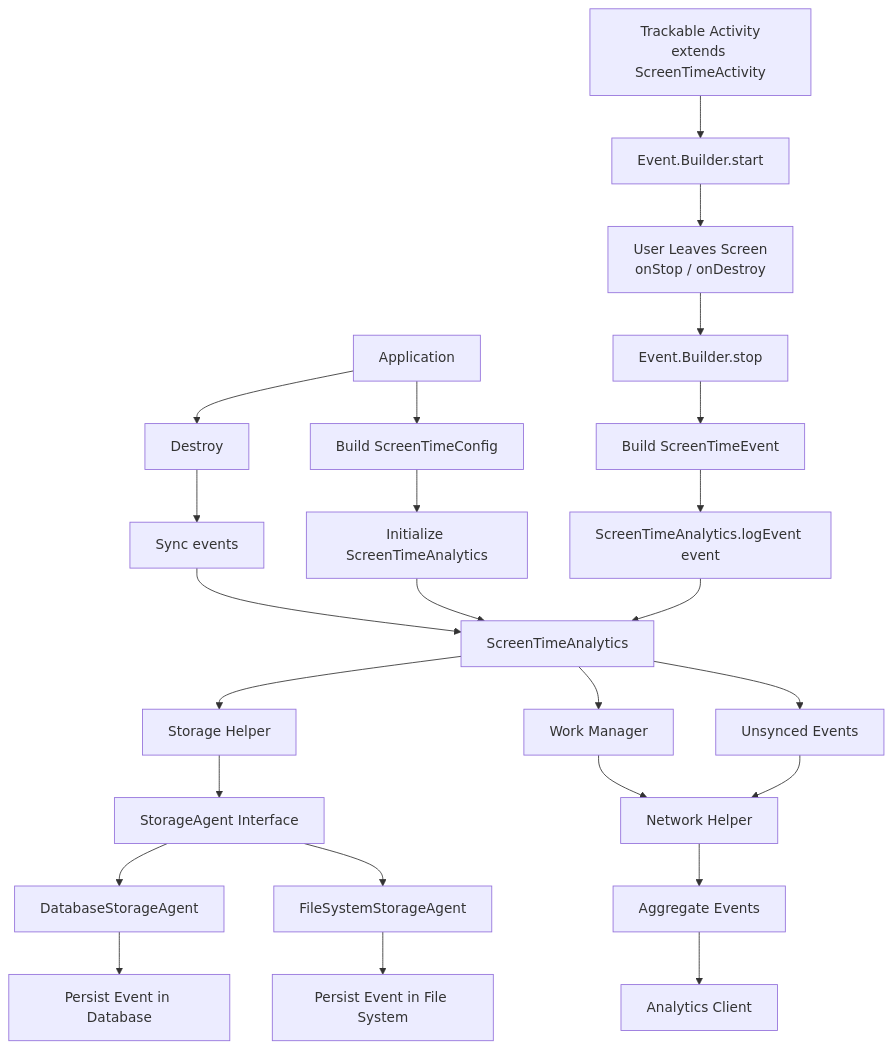
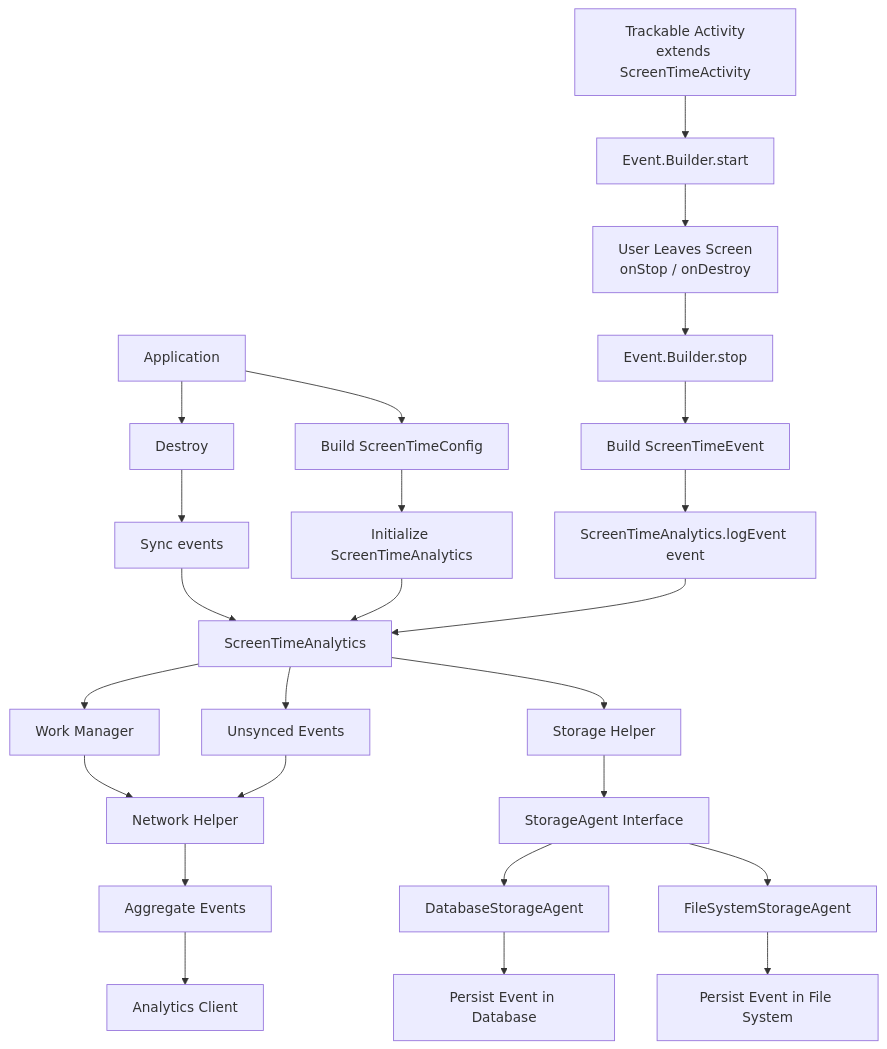
The diagram in README.md (ToshikaBadjatya/ScreenTimeAnalytics), drawn with Mermaid before and after one commit. The commit also changed 5 other files, not shown here.

Commit message:
Fix FileStorageAgent issues

````diff
--- a/README.md
+++ b/README.md
@@ -32,41 +32,43 @@
 ```mermaid
 graph TD
     
     %% App Destroy
     A --> X[Destroy]
     X --> Y[Sync events]
     Y --> G
     %% App Initialization
     A[Application] --> E[Build ScreenTimeConfig]
     E --> F[Initialize ScreenTimeAnalytics]
     F --> G[ScreenTimeAnalytics]
 
     %% Activity Tracking
     H[Trackable Activity<br/>extends ScreenTimeActivity]
     H --> I[Event.Builder.start]
     I --> K[User Leaves Screen<br/>onStop / onDestroy]
     K --> L[Event.Builder.stop]
     L --> M[Build ScreenTimeEvent]
 
     %% Logging Flow
     M --> N[ScreenTimeAnalytics.logEvent event]
     N --> G
 
-    %% Storage Abstraction
-    G --> O[Storage Helper]
-    O --> P[StorageAgent Interface]
-    P --> Q[DatabaseStorageAgent]
-    P --> R[FileSystemStorageAgent]
+   
 
     %% Persistence
     Q --> S[Persist Event in Database]
     R --> T[Persist Event in File System]
 
     %% Network Abstraction
     G --> U[Work Manager]
     U --> V[Network Helper]
     G --> W[Unsynced Events]
     W --> V
     V --> Z[Aggregate Events]
     Z --> ZZ[Analytics Client]
+    
+     %% Storage Abstraction
+    G --> O[Storage Helper]
+    O --> P[StorageAgent Interface]
+    P --> Q[DatabaseStorageAgent]
+    P --> R[FileSystemStorageAgent]
 ``` 
````
